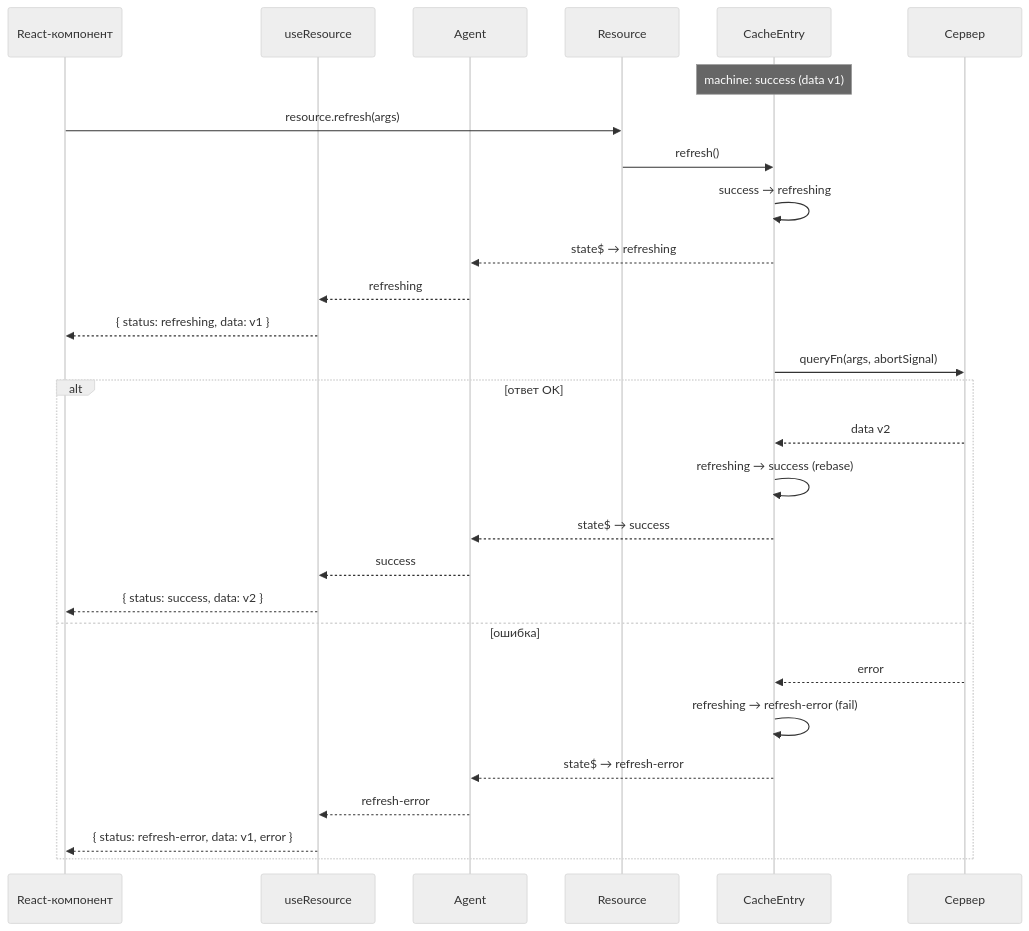
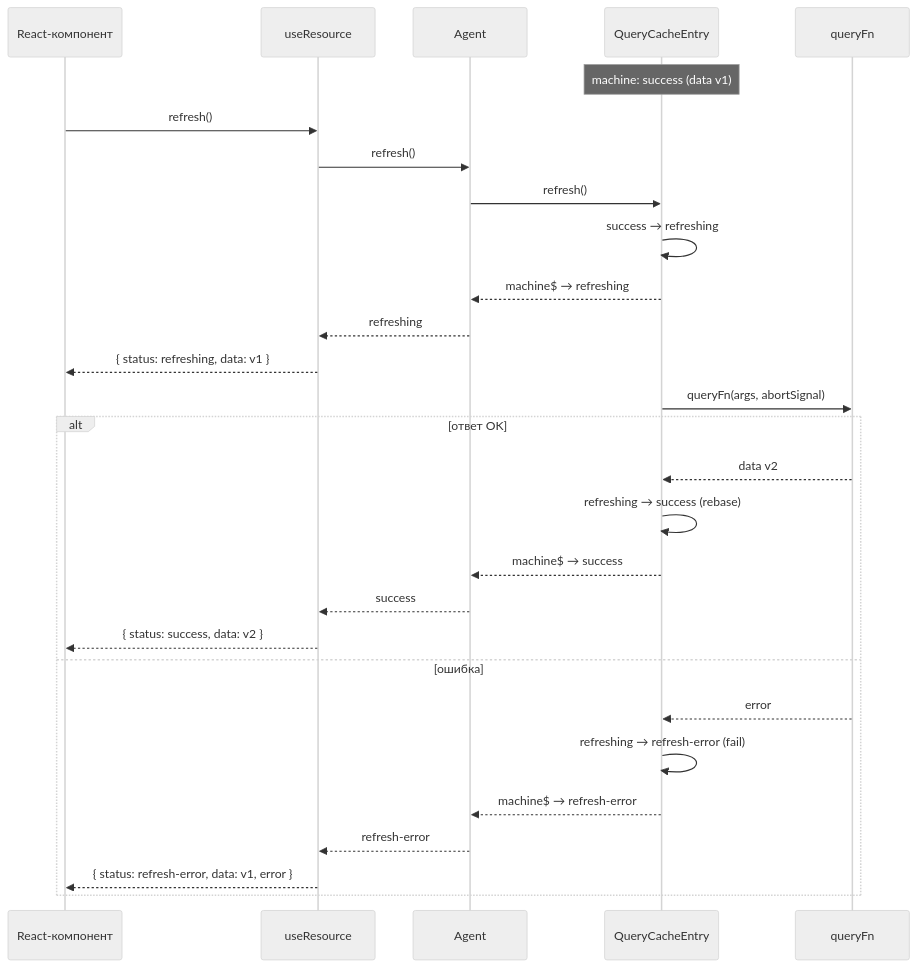
Before and after one commit to fozy-labs/rx-toolkit: the fourth of 10 diagrams in docs/query/concepts/dataflows.md, drawn with Mermaid (neutral theme). The commit also changed other lines of this file and 1 other file, not shown here.

````diff
--- a/docs/query/concepts/dataflows.md
+++ b/docs/query/concepts/dataflows.md
@@ -137,34 +131,34 @@
 ```mermaid
 sequenceDiagram
     participant UI as React-компонент
     participant Hook as useResource
     participant Agent as Agent
-    participant Res as Resource
-    participant Entry as CacheEntry
-    participant Server as Сервер
+    participant Entry as QueryCacheEntry
+    participant Query as queryFn
 
     Note over Entry: machine: success (data v1)
 
-    UI->>Res: resource.refresh(args)
-    Res->>Entry: refresh()
+    UI->>Hook: refresh()
+    Hook->>Agent: refresh()
+    Agent->>Entry: refresh()
     Entry->>Entry: success → refreshing
-    Entry-->>Agent: state$ → refreshing
+    Entry-->>Agent: machine$ → refreshing
     Agent-->>Hook: refreshing
     Hook-->>UI: { status: refreshing, data: v1 }
 
-    Entry->>Server: queryFn(args, abortSignal)
+    Entry->>Query: queryFn(args, abortSignal)
 
     alt ответ OK
-        Server-->>Entry: data v2
+        Query-->>Entry: data v2
         Entry->>Entry: refreshing → success (rebase)
-        Entry-->>Agent: state$ → success
+        Entry-->>Agent: machine$ → success
         Agent-->>Hook: success
         Hook-->>UI: { status: success, data: v2 }
     else ошибка
-        Server-->>Entry: error
+        Query-->>Entry: error
         Entry->>Entry: refreshing → refresh-error (fail)
-        Entry-->>Agent: state$ → refresh-error
+        Entry-->>Agent: machine$ → refresh-error
         Agent-->>Hook: refresh-error
         Hook-->>UI: { status: refresh-error, data: v1, error }
     end
 ```
````
